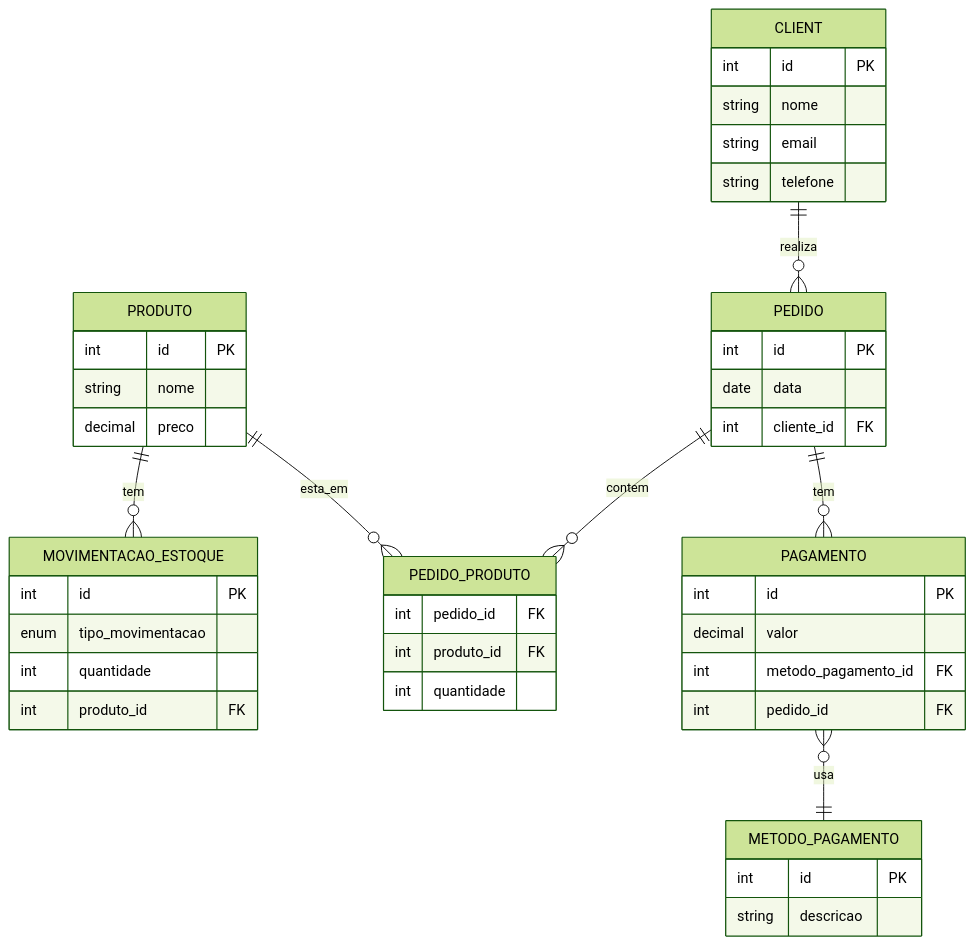
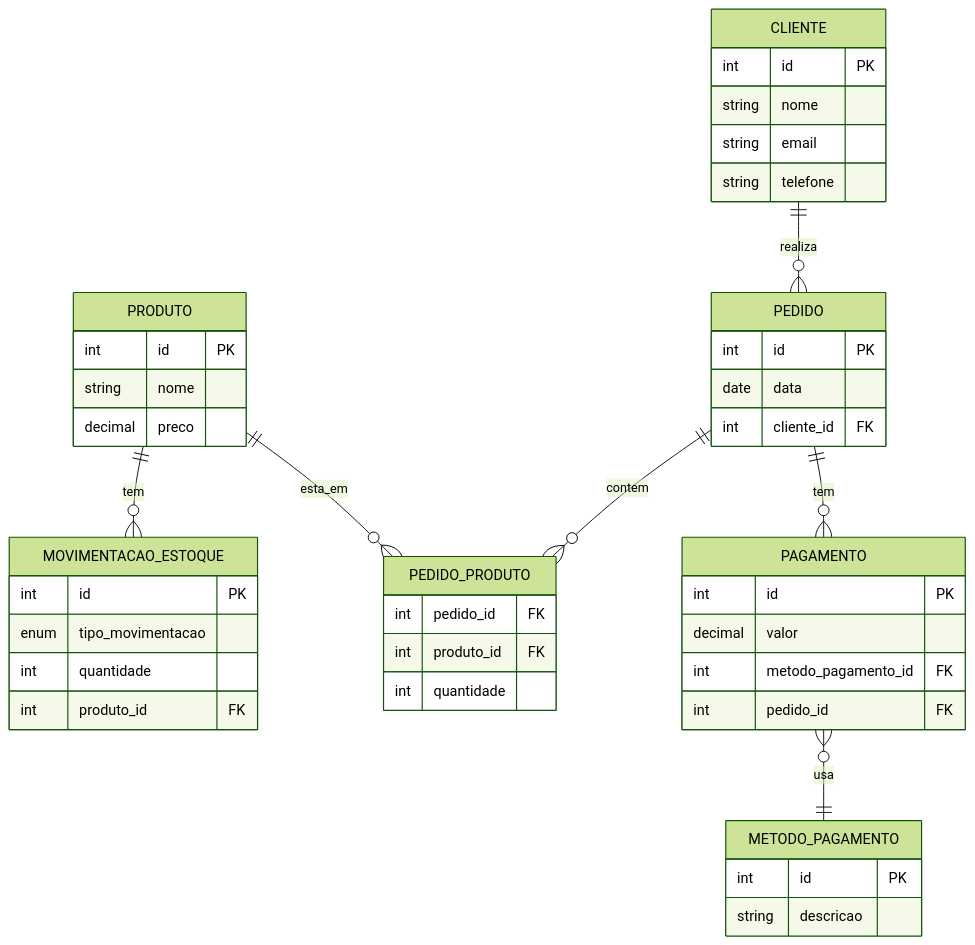
The diagram in programacao-e-desenvolvimento-de-banco-de-dados/desafio1-sistema-de-mercado.md (Drufontael/Faculdade---ADS), drawn with Mermaid (forest theme) before and after one commit. The commit also changed other lines of this file and 1 other file, not shown here.

````diff
--- a/programacao-e-desenvolvimento-de-banco-de-dados/desafio1-sistema-de-mercado.md
+++ b/programacao-e-desenvolvimento-de-banco-de-dados/desafio1-sistema-de-mercado.md
@@ -38,55 +39,55 @@
 ```mermaid
    erDiagram
-    CLIENT {
+    CLIENTE {
         int id PK
         string nome
         string email
         string telefone
     }
     
     PRODUTO {
         int id PK
         string nome
         decimal preco        
     }
 
     MOVIMENTACAO_ESTOQUE {
         int id PK
         enum tipo_movimentacao
         int quantidade
         int produto_id FK
     }
     
     %% Enum valores possíveis para tipo_movimentacao: "ENTRADA", "SAIDA"
     
     PEDIDO {
         int id PK
         date data
         int cliente_id FK
     }
     
     PAGAMENTO {
         int id PK
         decimal valor
         int metodo_pagamento_id FK
         int pedido_id FK
     }
 
     METODO_PAGAMENTO {
         int id PK
         string descricao
     }
     
     PEDIDO_PRODUTO {
         int pedido_id FK
         int produto_id FK
         int quantidade
     }
     
-    CLIENT ||--o{ PEDIDO : realiza
+    CLIENTE ||--o{ PEDIDO : realiza
     PEDIDO ||--o{ PEDIDO_PRODUTO : contem
     PRODUTO ||--o{ MOVIMENTACAO_ESTOQUE : tem
     PRODUTO ||--o{ PEDIDO_PRODUTO : esta_em    
     PEDIDO ||--o{ PAGAMENTO : tem
     PAGAMENTO }o--|| METODO_PAGAMENTO : usa    
 ```
````
